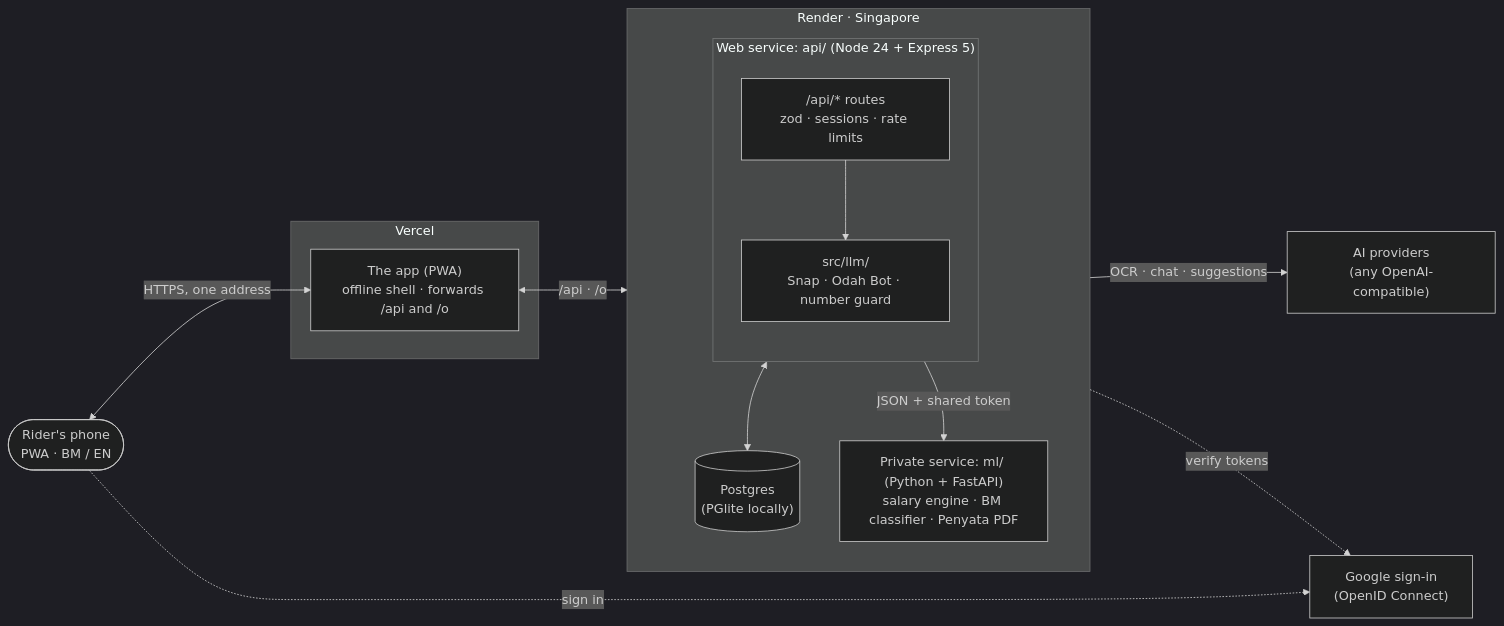
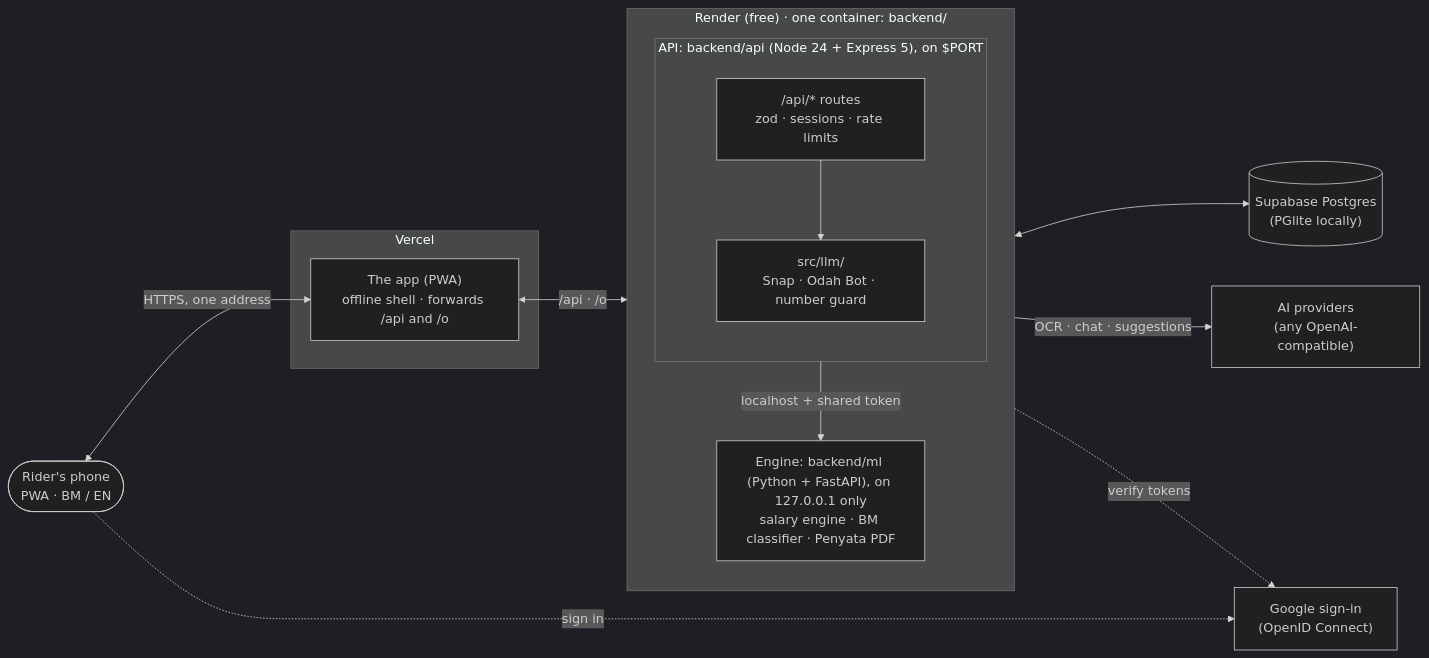
One commit to No0bmazt3r/Coinvoy changed the first of 3 diagrams in README.md. Above: the diagram before and after it, drawn with Mermaid (dark theme). The commit also changed other lines of this file and 32 other files, not shown here.

````diff
--- a/README.md
+++ b/README.md
@@ -255,31 +261,32 @@
 ```mermaid
 flowchart LR
   rider(["Rider's phone<br/>PWA · BM / EN"])
 
   subgraph vercel["Vercel"]
     pwa["The app (PWA)<br/>offline shell · forwards /api and /o"]
   end
 
-  subgraph render["Render · Singapore"]
+  subgraph render["Render (free) · one container: backend/"]
     direction TB
-    subgraph web["Web service: api/ (Node 24 + Express 5)"]
+    subgraph web["API: backend/api (Node 24 + Express 5), on $PORT"]
       direction TB
       routes["/api/* routes<br/>zod · sessions · rate limits"]
       llm["src/llm/<br/>Snap · Odah Bot · number guard"]
     end
-    ml["Private service: ml/ (Python + FastAPI)<br/>salary engine · BM classifier · Penyata PDF"]
-    db[("Postgres<br/>(PGlite locally)")]
+    ml["Engine: backend/ml (Python + FastAPI), on 127.0.0.1 only<br/>salary engine · BM classifier · Penyata PDF"]
   end
+
+  db[("Supabase Postgres<br/>(PGlite locally)")]
 
   google["Google sign-in<br/>(OpenID Connect)"]
   ai["AI providers<br/>(any OpenAI-compatible)"]
 
   rider <-->|HTTPS, one address| pwa
   pwa <-->|/api · /o| routes
   routes <--> db
-  routes -->|JSON + shared token| ml
+  routes -->|localhost + shared token| ml
   routes --> llm
   llm -->|OCR · chat · suggestions| ai
   rider -.->|sign in| google
   routes -.->|verify tokens| google
 ```
````
